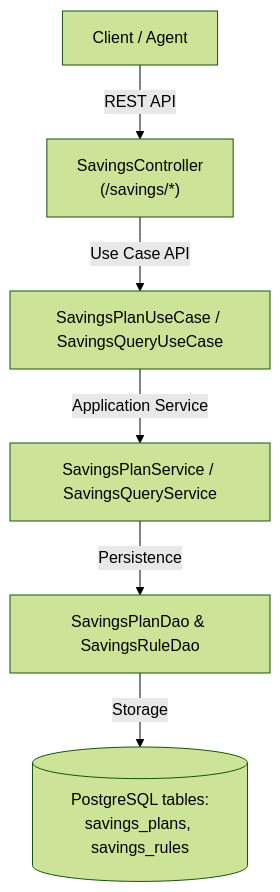
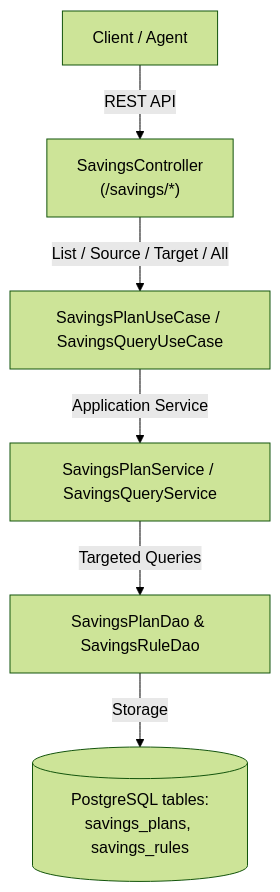
Before and after one commit to kyogoiano/wallet: the diagram in .spec/summaries/SUMMARY-001.2-savings-plans-and-rules-management.md, drawn with Mermaid (forest theme). The commit also changed other lines of this file and 23 other files, not shown here.

````diff
--- a/.spec/summaries/SUMMARY-001.2-savings-plans-and-rules-management.md
+++ b/.spec/summaries/SUMMARY-001.2-savings-plans-and-rules-management.md
@@ -16,8 +16,8 @@
 ```mermaid
 flowchart TD
     Client["Client / Agent"] -->|REST API| Controller["SavingsController\n(/savings/*)"]
-    Controller -->|Use Case API| UseCase["SavingsPlanUseCase / SavingsQueryUseCase"]
+    Controller -->|List / Source / Target / All| UseCase["SavingsPlanUseCase / SavingsQueryUseCase"]
     UseCase -->|Application Service| Service["SavingsPlanService / SavingsQueryService"]
-    Service -->|Persistence| DAOs["SavingsPlanDao & SavingsRuleDao"]
+    Service -->|Targeted Queries| DAOs["SavingsPlanDao & SavingsRuleDao"]
     DAOs -->|Storage| PostgreSQL[(PostgreSQL tables:\nsavings_plans, savings_rules)]
 ```
````
